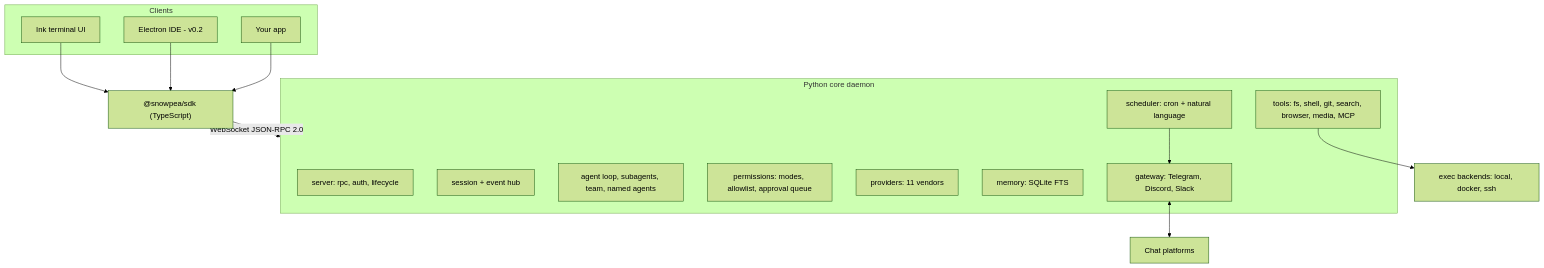
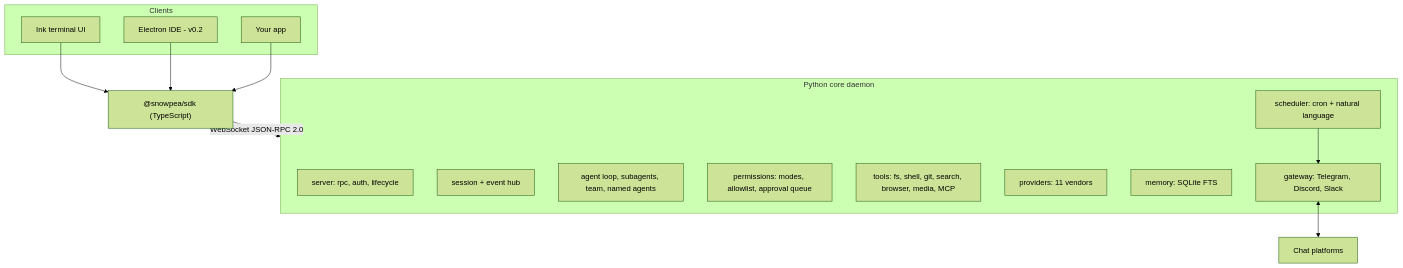
The diagram in README.md (Wafour-Developer/snowpea-agent), drawn with Mermaid (forest theme) before and after one commit. The commit also changed other lines of this file and 69 other files, not shown here.

First line of the commit message:
feat(core)!: remove the docker/ssh tool backends, add daemon --host (protocol 1.39.0)

````diff
--- a/README.md
+++ b/README.md
@@ -77,29 +76,28 @@
 ```mermaid
 flowchart TB
     subgraph clients[Clients]
         TUI[Ink terminal UI]
         IDE[Electron IDE - v0.2]
         APP[Your app]
     end
     SDK["@snowpea/sdk (TypeScript)"]
     TUI --> SDK
     IDE --> SDK
     APP --> SDK
     SDK -->|"WebSocket JSON-RPC 2.0"| CORE
 
     subgraph CORE[Python core daemon]
         SRV[server: rpc, auth, lifecycle]
         SES[session + event hub]
         AGT[agent loop, subagents, team, named agents]
         PRM[permissions: modes, allowlist, approval queue]
         TOOL[tools: fs, shell, git, search, browser, media, MCP]
         PROV[providers: 11 vendors]
         MEM[memory: SQLite FTS]
         SCH[scheduler: cron + natural language]
         GW[gateway: Telegram, Discord, Slack]
     end
 
-    TOOL --> EXEC[exec backends: local, docker, ssh]
     GW <--> CHAT[Chat platforms]
     SCH --> GW
 ```
````
